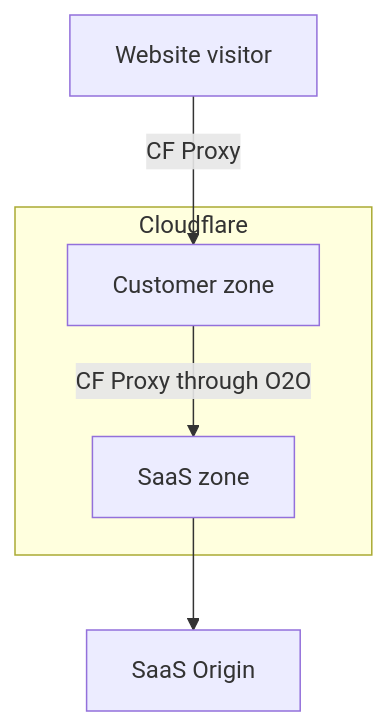
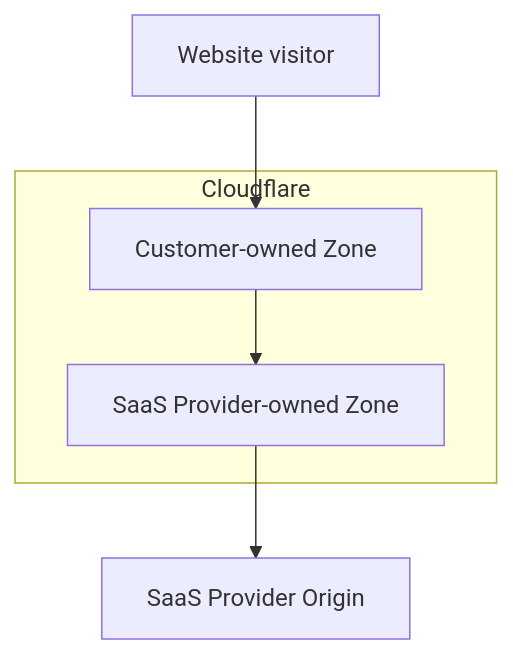
The second of 2 diagrams in content/cloudflare-for-platforms/cloudflare-for-saas/saas-customers/how-it-works.md (rdhanarot/cloudflare-docs), drawn with Mermaid before and after one commit. The commit also changed other lines of this file, not shown here.

````diff
--- a/content/cloudflare-for-platforms/cloudflare-for-saas/saas-customers/how-it-works.md
+++ b/content/cloudflare-for-platforms/cloudflare-for-saas/saas-customers/how-it-works.md
@@ -33,17 +43,17 @@
 ```mermaid
 flowchart TD
-accTitle: O2O process diagram
+accTitle: O2O-enabled traffic flow diagram
 
 A[Website visitor]
 
 subgraph Cloudflare
-  B[Customer zone]
-  C[SaaS zone]
+  B[Customer-owned Zone]
+  C[SaaS Provider-owned Zone]
 end
 
-D[SaaS Origin]
+D[SaaS Provider Origin]
 
-A -->|CF Proxy| B
-B -->|CF Proxy through O2O| C
+A --> B
+B --> C
 C --> D
 ```
````
